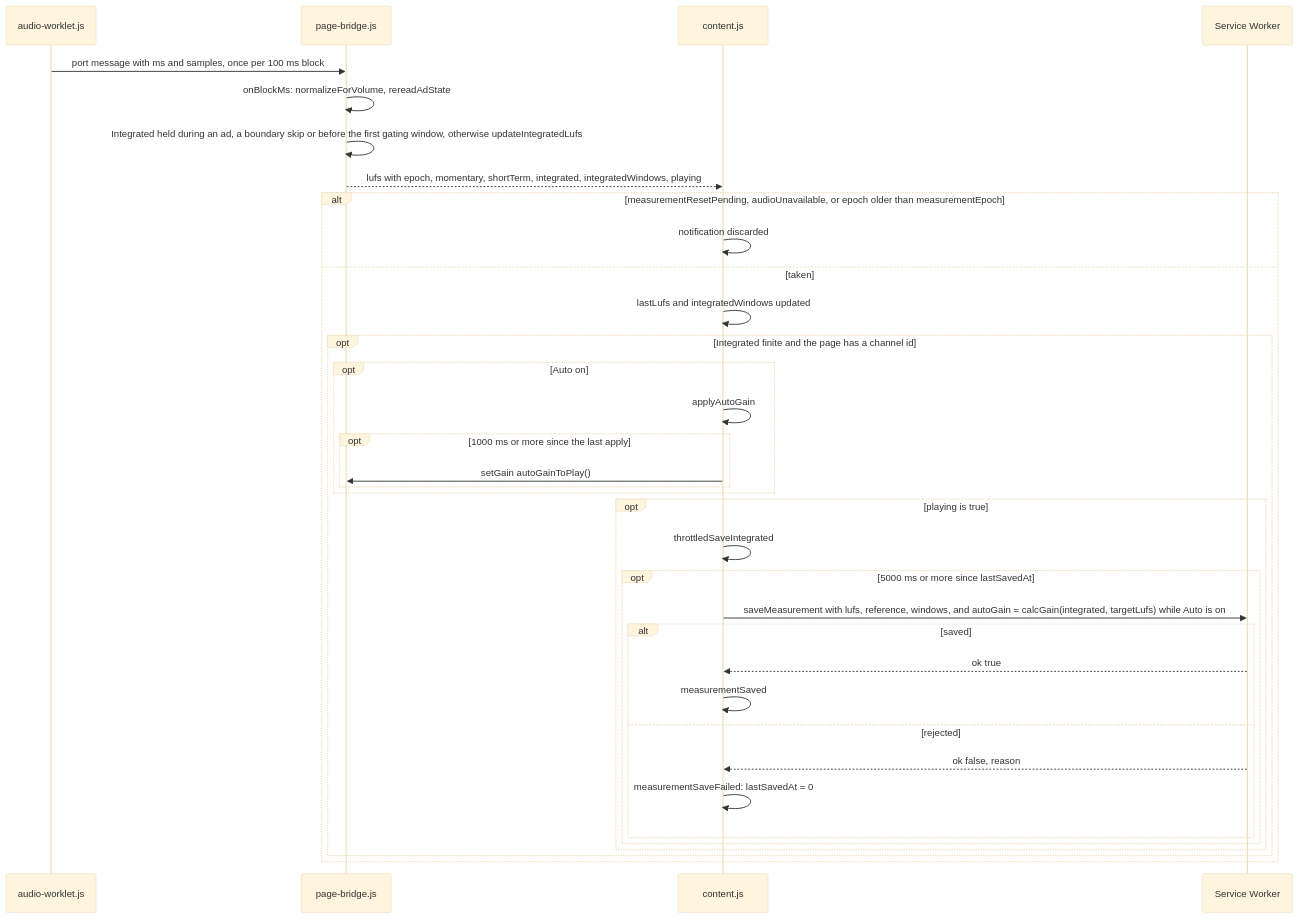
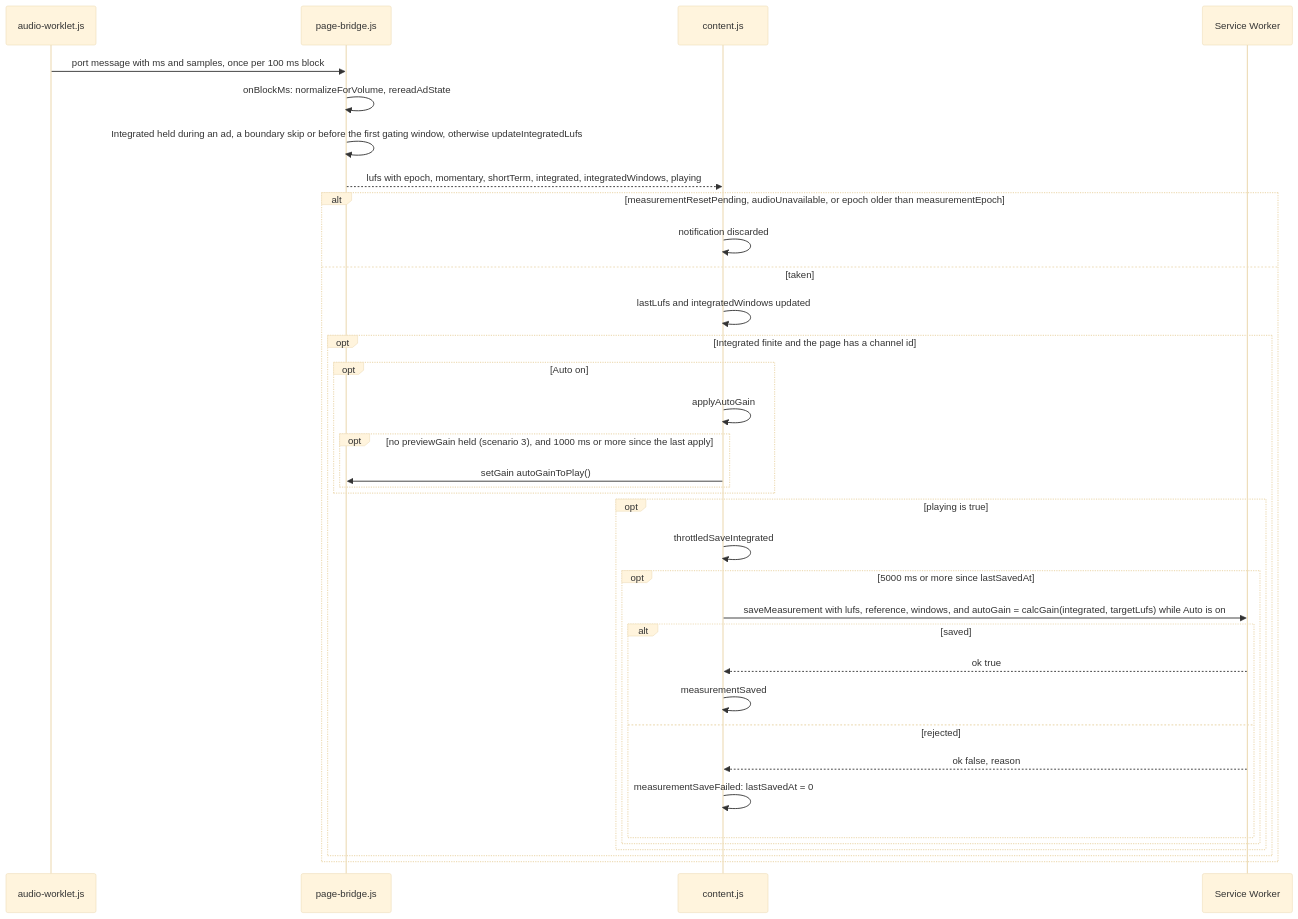
One commit to semnil/twitch-channel-volume changed the eighth of 17 diagrams in docs/gain-change-and-save.md. Above: the diagram before and after it, drawn with Mermaid (base theme). The commit also changed other lines of this file and 6 other files, not shown here.

````diff
--- a/docs/gain-change-and-save.md
+++ b/docs/gain-change-and-save.md
@@ -357,37 +374,37 @@
 ```mermaid
 sequenceDiagram
   participant worklet as audio-worklet.js
   participant bridge as page-bridge.js
   participant content as content.js
   participant sw as Service Worker
   worklet->>bridge: port message with ms and samples, once per 100 ms block
   bridge->>bridge: onBlockMs: normalizeForVolume, rereadAdState
   bridge->>bridge: Integrated held during an ad, a boundary skip or before the first gating window, otherwise updateIntegratedLufs
   bridge-->>content: lufs with epoch, momentary, shortTerm, integrated, integratedWindows, playing
   alt measurementResetPending, audioUnavailable, or epoch older than measurementEpoch
     content->>content: notification discarded
   else taken
     content->>content: lastLufs and integratedWindows updated
     opt Integrated finite and the page has a channel id
       opt Auto on
         content->>content: applyAutoGain
-        opt 1000 ms or more since the last apply
+        opt no previewGain held (scenario 3), and 1000 ms or more since the last apply
           content->>bridge: setGain autoGainToPlay()
         end
       end
       opt playing is true
         content->>content: throttledSaveIntegrated
         opt 5000 ms or more since lastSavedAt
           content->>sw: saveMeasurement with lufs, reference, windows, and autoGain = calcGain(integrated, targetLufs) while Auto is on
           alt saved
             sw-->>content: ok true
             content->>content: measurementSaved
           else rejected
             sw-->>content: ok false, reason
             content->>content: measurementSaveFailed: lastSavedAt = 0
           end
         end
       end
     end
   end
 ```
````
